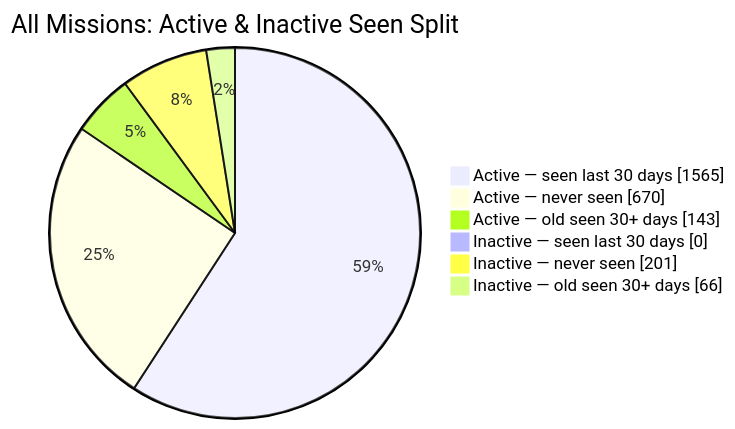
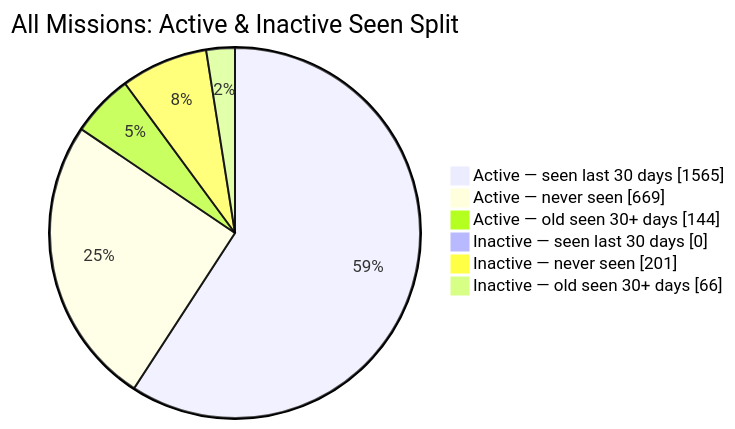
Before and after one commit to MeldkamerspelGameTeam/active-missions: the second of 2 diagrams in README.md, drawn with Mermaid. The commit also changed other lines of this file and 3 other files, not shown here.

````diff
--- a/README.md
+++ b/README.md
@@ -44,10 +44,10 @@
 ```mermaid
 pie showData
     title All Missions: Active & Inactive Seen Split
     "Active — seen last 30 days" : 1565
-    "Active — never seen" : 670
-    "Active — old seen 30+ days" : 143
+    "Active — never seen" : 669
+    "Active — old seen 30+ days" : 144
     "Inactive — seen last 30 days" : 0
     "Inactive — never seen" : 201
     "Inactive — old seen 30+ days" : 66
 ```
````
